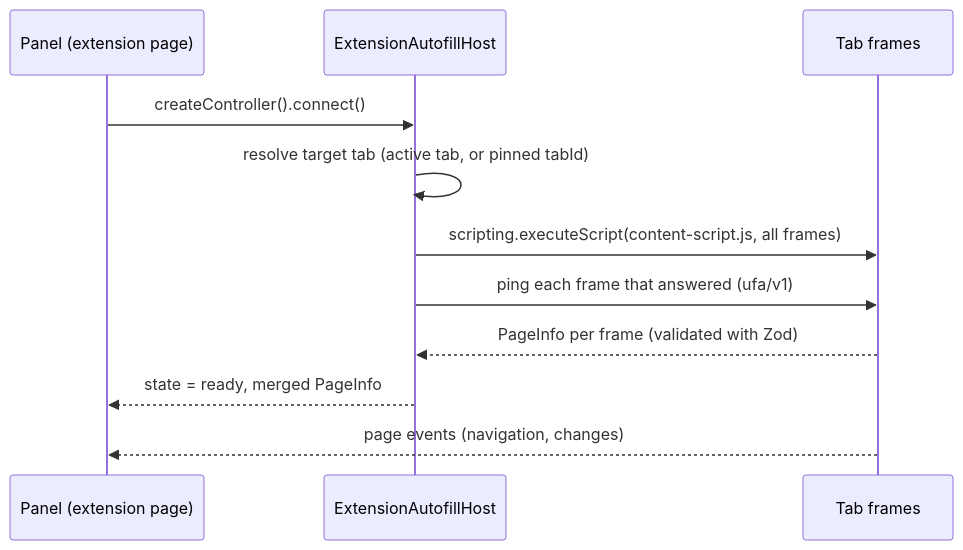
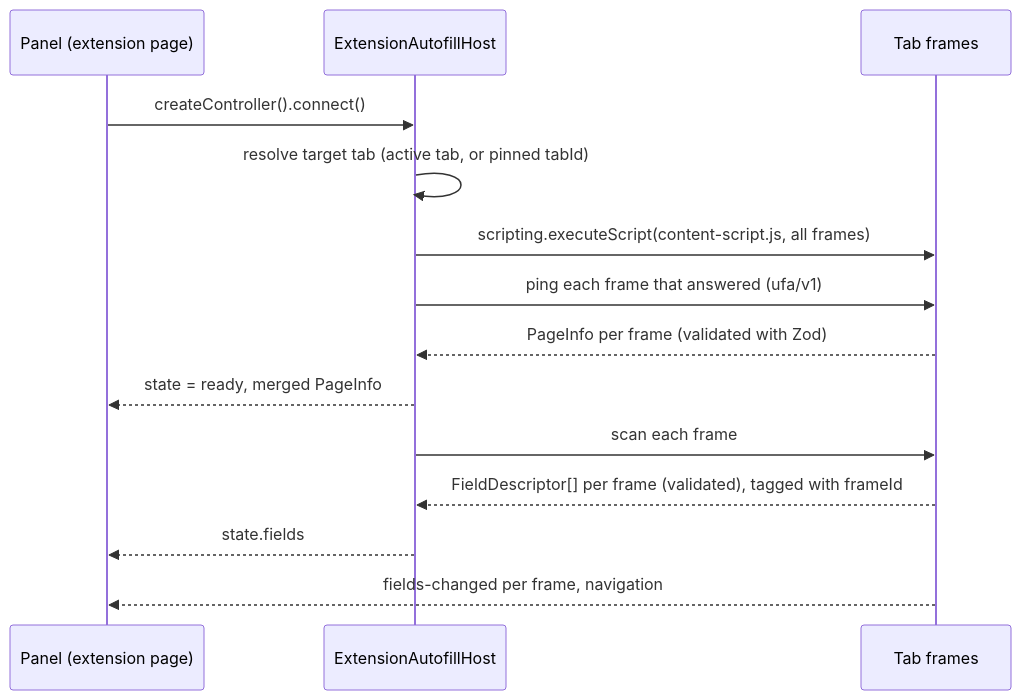
One commit to jayaprakash9603/auto-fill changed the second of 2 diagrams in docs/ARCHITECTURE.md. Above: the diagram before and after it, drawn with Mermaid. The commit also changed other lines of this file and 60 other files, not shown here.

````diff
--- a/docs/ARCHITECTURE.md
+++ b/docs/ARCHITECTURE.md
@@ -57,13 +59,16 @@
 ```mermaid
 sequenceDiagram
   participant Panel as Panel (extension page)
   participant Host as ExtensionAutofillHost
   participant Tab as Tab frames
   Panel->>Host: createController().connect()
   Host->>Host: resolve target tab (active tab, or pinned tabId)
   Host->>Tab: scripting.executeScript(content-script.js, all frames)
   Host->>Tab: ping each frame that answered (ufa/v1)
   Tab-->>Host: PageInfo per frame (validated with Zod)
   Host-->>Panel: state = ready, merged PageInfo
-  Tab-->>Panel: page events (navigation, changes)
+  Host->>Tab: scan each frame
+  Tab-->>Host: FieldDescriptor[] per frame (validated), tagged with frameId
+  Host-->>Panel: state.fields
+  Tab-->>Panel: fields-changed per frame, navigation
 ```
````
